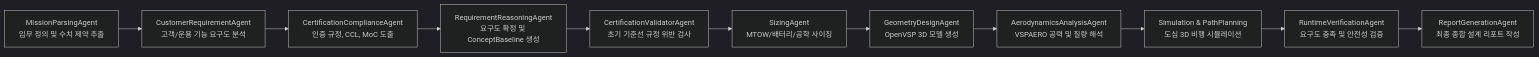
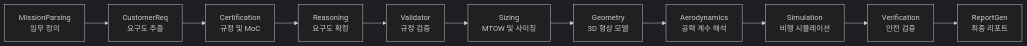
The third of 4 diagrams in README_KOR.md (cksrblee/Aeroloop), drawn with Mermaid (dark theme) before and after one commit. The commit also changed other lines of this file and 2 other files, not shown here.

````diff
--- a/README_KOR.md
+++ b/README_KOR.md
@@ -157,13 +131,13 @@
 ```mermaid
 flowchart LR
-    A["MissionParsingAgent<br/>임무 정의 및 수치 제약 추출"] --> B["CustomerRequirementAgent<br/>고객/운용 기능 요구도 분석"]
-    B --> C["CertificationComplianceAgent<br/>인증 규정, CCL, MoC 도출"]
-    C --> D["RequirementReasoningAgent<br/>요구도 확정 및 ConceptBaseline 생성"]
-    D --> E["CertificationValidatorAgent<br/>초기 기준선 규정 위반 검사"]
-    E --> F["SizingAgent<br/>MTOW/배터리/공학 사이징"]
-    F --> G["GeometryDesignAgent<br/>OpenVSP 3D 모델 생성"]
-    G --> H["AerodynamicsAnalysisAgent<br/>VSPAERO 공력 및 질량 해석"]
-    H --> I["Simulation & PathPlanning<br/>도심 3D 비행 시뮬레이션"]
-    I --> J["RuntimeVerificationAgent<br/>요구도 충족 및 안전성 검증"]
-    J --> K["ReportGenerationAgent<br/>최종 종합 설계 리포트 작성"]
+    A["MissionParsing<br/>임무 정의"] --> B["CustomerReq<br/>요구도 추출"]
+    B --> C["Certification<br/>규정 및 MoC"]
+    C --> D["Reasoning<br/>요구도 확정"]
+    D --> E["Validator<br/>규정 검증"]
+    E --> F["Sizing<br/>MTOW 및 사이징"]
+    F --> G["Geometry<br/>3D 형상 모델"]
+    G --> H["Aerodynamics<br/>공력 계수 해석"]
+    H --> I["Simulation<br/>비행 시뮬레이션"]
+    I --> J["Verification<br/>안전 검증"]
+    J --> K["ReportGen<br/>최종 리포트"]
 ```
````
